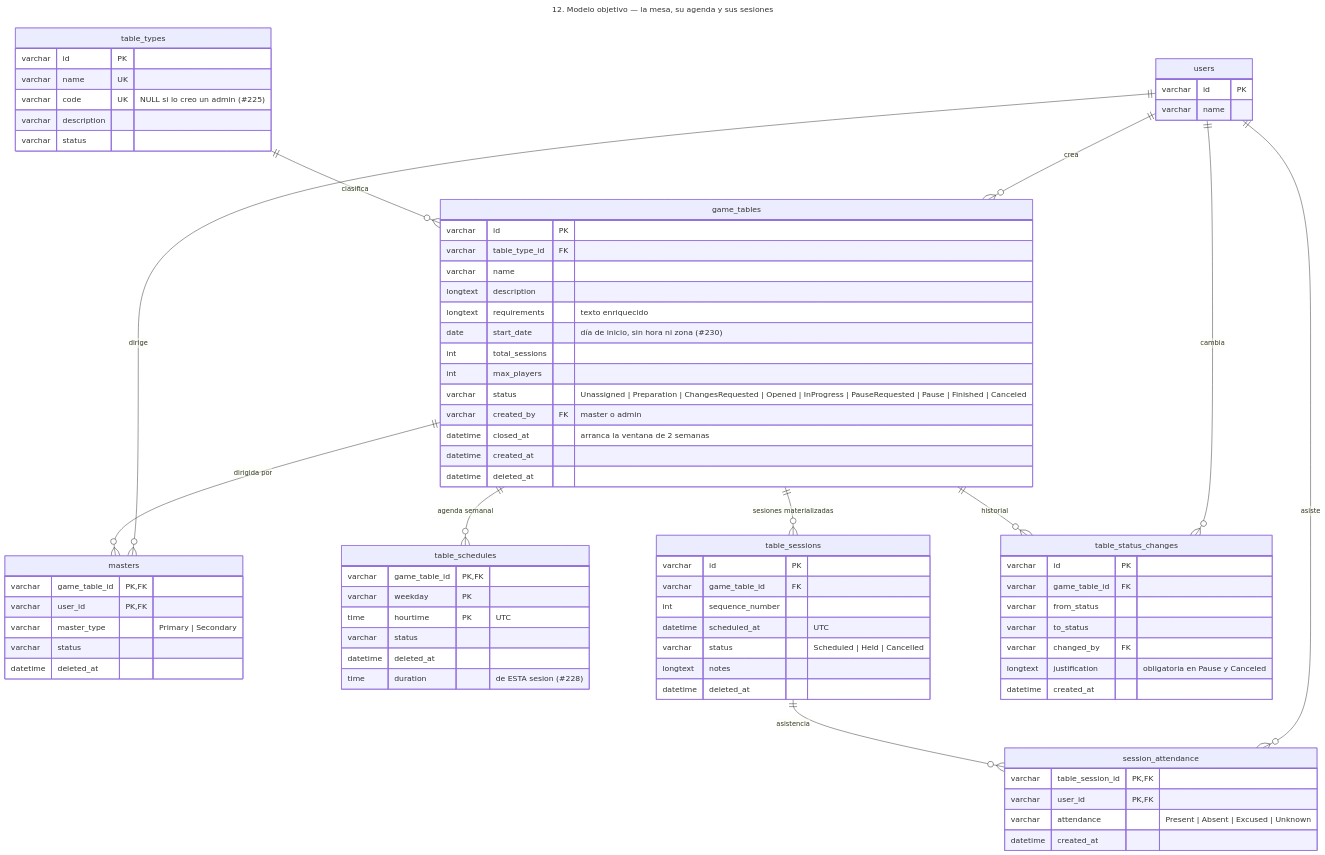
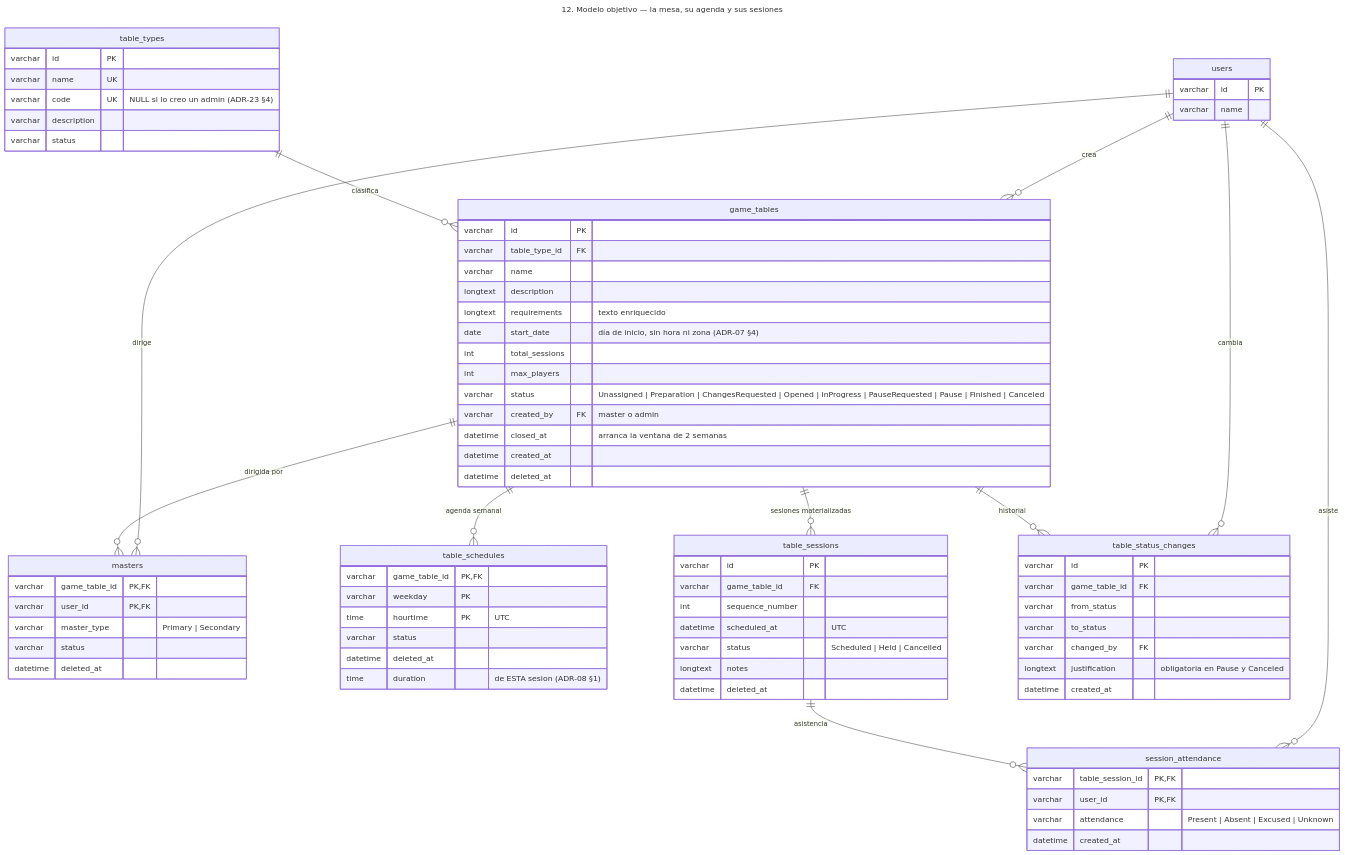
The diagram in docs/diagramas/12-objetivo-mesa.mmd (d4m14n257/CentralDungeon), drawn with Mermaid before and after one commit. The commit also changed 1176 other files, not shown here.

```diff
--- a/docs/diagramas/12-objetivo-mesa.mmd
+++ b/docs/diagramas/12-objetivo-mesa.mmd
@@ -1,88 +1,88 @@
 ---
 title: "12. Modelo objetivo — la mesa, su agenda y sus sesiones"
 ---
 erDiagram
 
     table_types {
         varchar id PK
         varchar name UK
-        varchar code UK "NULL si lo creo un admin (#225)"
+        varchar code UK "NULL si lo creo un admin (ADR-23 §4)"
         varchar description
         varchar status
     }
 
     game_tables {
         varchar id PK
         varchar table_type_id FK
         varchar name
         longtext description
         longtext requirements "texto enriquecido"
-        date start_date "día de inicio, sin hora ni zona (#230)"
+        date start_date "día de inicio, sin hora ni zona (ADR-07 §4)"
         int total_sessions
         int max_players
         varchar status "Unassigned | Preparation | ChangesRequested | Opened | InProgress | PauseRequested | Pause | Finished | Canceled"
         varchar created_by FK "master o admin"
         datetime closed_at "arranca la ventana de 2 semanas"
         datetime created_at
         datetime deleted_at
     }
 
     masters {
         varchar game_table_id PK,FK
         varchar user_id PK,FK
         varchar master_type "Primary | Secondary"
         varchar status
         datetime deleted_at
     }
 
     table_schedules {
         varchar game_table_id PK,FK
         varchar weekday PK
         time hourtime PK "UTC"
         varchar status
         datetime deleted_at
-        time duration "de ESTA sesion (#228)"
+        time duration "de ESTA sesion (ADR-08 §1)"
     }
 
     table_sessions {
         varchar id PK
         varchar game_table_id FK
         int sequence_number
         datetime scheduled_at "UTC"
         varchar status "Scheduled | Held | Cancelled"
         longtext notes
         datetime deleted_at
     }
 
     session_attendance {
         varchar table_session_id PK,FK
         varchar user_id PK,FK
         varchar attendance "Present | Absent | Excused | Unknown"
         datetime created_at
     }
 
     table_status_changes {
         varchar id PK
         varchar game_table_id FK
         varchar from_status
         varchar to_status
         varchar changed_by FK
         longtext justification "obligatoria en Pause y Canceled"
         datetime created_at
     }
 
     users {
         varchar id PK
         varchar name
     }
 
     table_types    ||--o{ game_tables          : "clasifica"
     game_tables    ||--o{ masters              : "dirigida por"
     users          ||--o{ masters              : "dirige"
     game_tables    ||--o{ table_schedules      : "agenda semanal"
     game_tables    ||--o{ table_sessions       : "sesiones materializadas"
     table_sessions ||--o{ session_attendance   : "asistencia"
     users          ||--o{ session_attendance   : "asiste"
     game_tables    ||--o{ table_status_changes : "historial"
     users          ||--o{ table_status_changes : "cambia"
     users          ||--o{ game_tables          : "crea"
```
